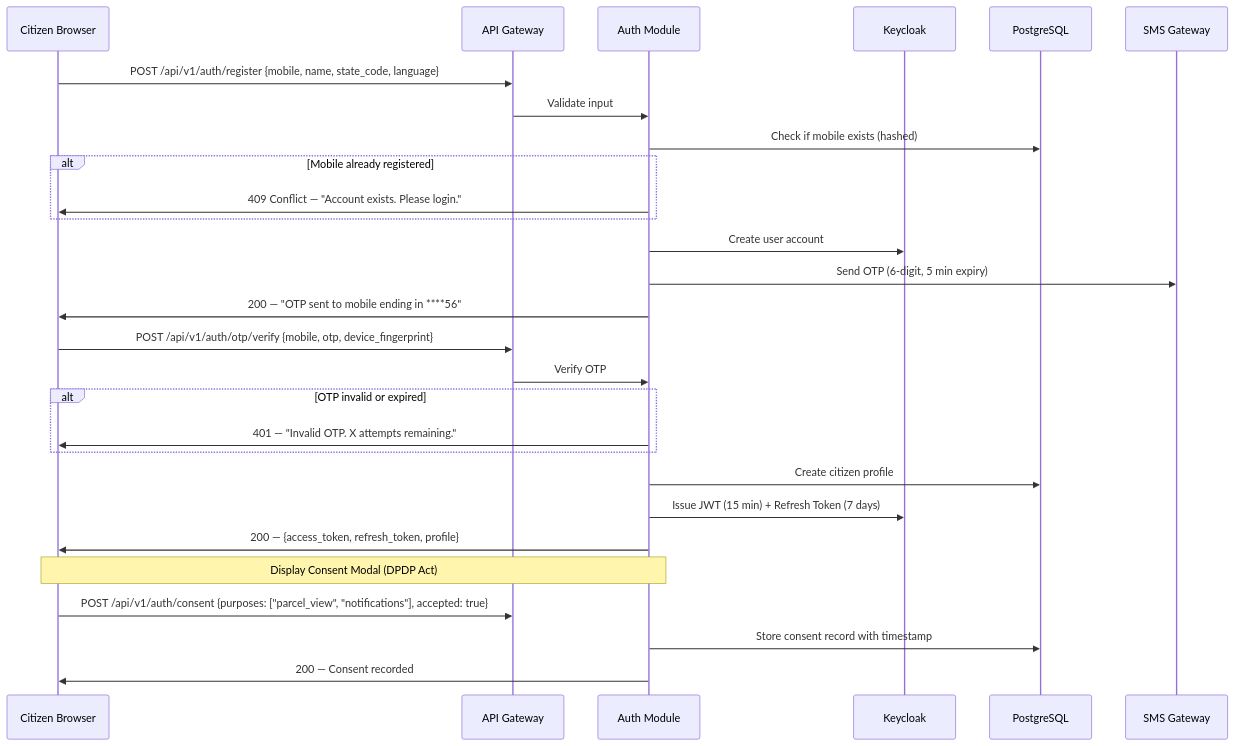
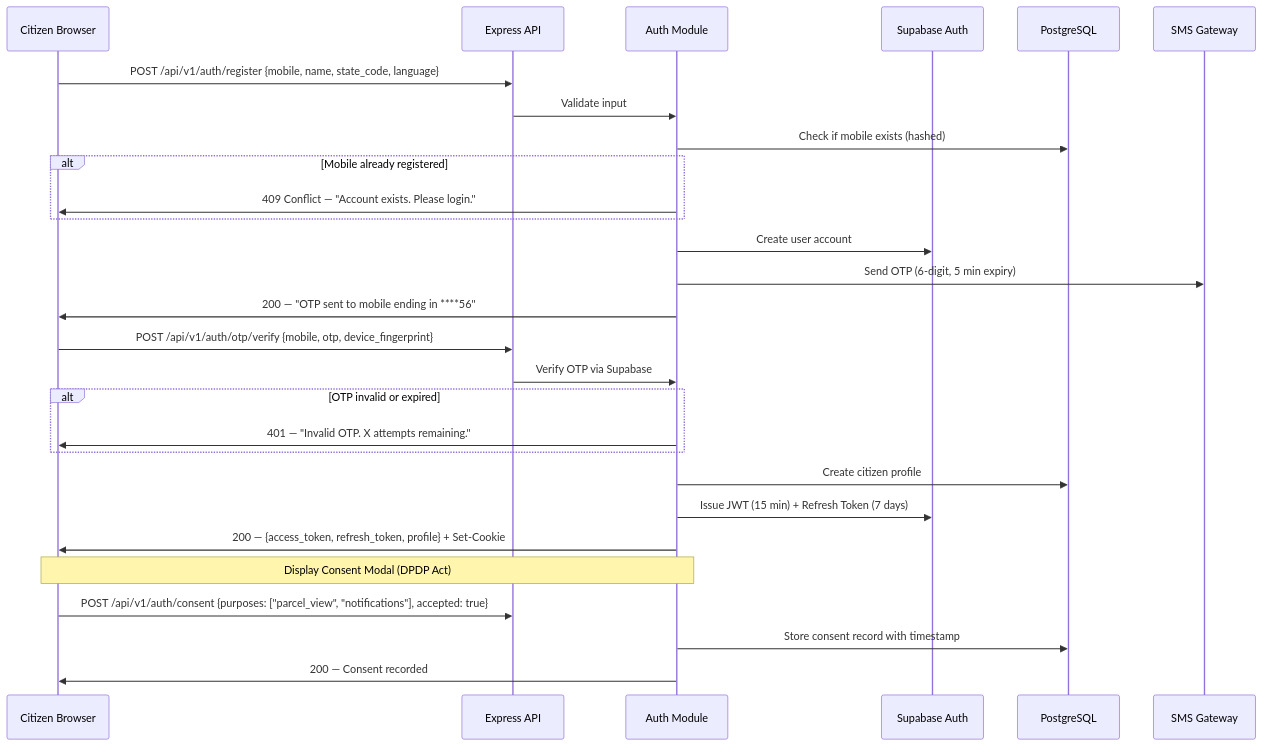
Before and after one commit to Abhishekgujar28/LAND-STACK: the second of 21 diagrams in docs/main-docs/workflows.md, drawn with Mermaid. The commit also changed other lines of this file and 53 other files, not shown here.

````diff
--- a/docs/main-docs/workflows.md
+++ b/docs/main-docs/workflows.md
@@ -42,37 +44,37 @@
 ```mermaid
 sequenceDiagram
     participant C as Citizen Browser
-    participant GW as API Gateway
+    participant GW as Express API
     participant AUTH as Auth Module
-    participant KC as Keycloak
+    participant SUPA as Supabase Auth
     participant DB as PostgreSQL
     participant SMS as SMS Gateway
 
     C->>GW: POST /api/v1/auth/register {mobile, name, state_code, language}
     GW->>AUTH: Validate input
     AUTH->>DB: Check if mobile exists (hashed)
     
     alt Mobile already registered
         AUTH->>C: 409 Conflict — "Account exists. Please login."
     end
 
-    AUTH->>KC: Create user account
+    AUTH->>SUPA: Create user account
     AUTH->>SMS: Send OTP (6-digit, 5 min expiry)
     AUTH->>C: 200 — "OTP sent to mobile ending in ****56"
 
     C->>GW: POST /api/v1/auth/otp/verify {mobile, otp, device_fingerprint}
-    GW->>AUTH: Verify OTP
+    GW->>AUTH: Verify OTP via Supabase
     
     alt OTP invalid or expired
         AUTH->>C: 401 — "Invalid OTP. X attempts remaining."
     end
 
     AUTH->>DB: Create citizen profile
-    AUTH->>KC: Issue JWT (15 min) + Refresh Token (7 days)
-    AUTH->>C: 200 — {access_token, refresh_token, profile}
+    AUTH->>SUPA: Issue JWT (15 min) + Refresh Token (7 days)
+    AUTH->>C: 200 — {access_token, refresh_token, profile} + Set-Cookie
     
     Note over C,AUTH: Display Consent Modal (DPDP Act)
     C->>GW: POST /api/v1/auth/consent {purposes: ["parcel_view", "notifications"], accepted: true}
     AUTH->>DB: Store consent record with timestamp
     AUTH->>C: 200 — Consent recorded
 ```
````
